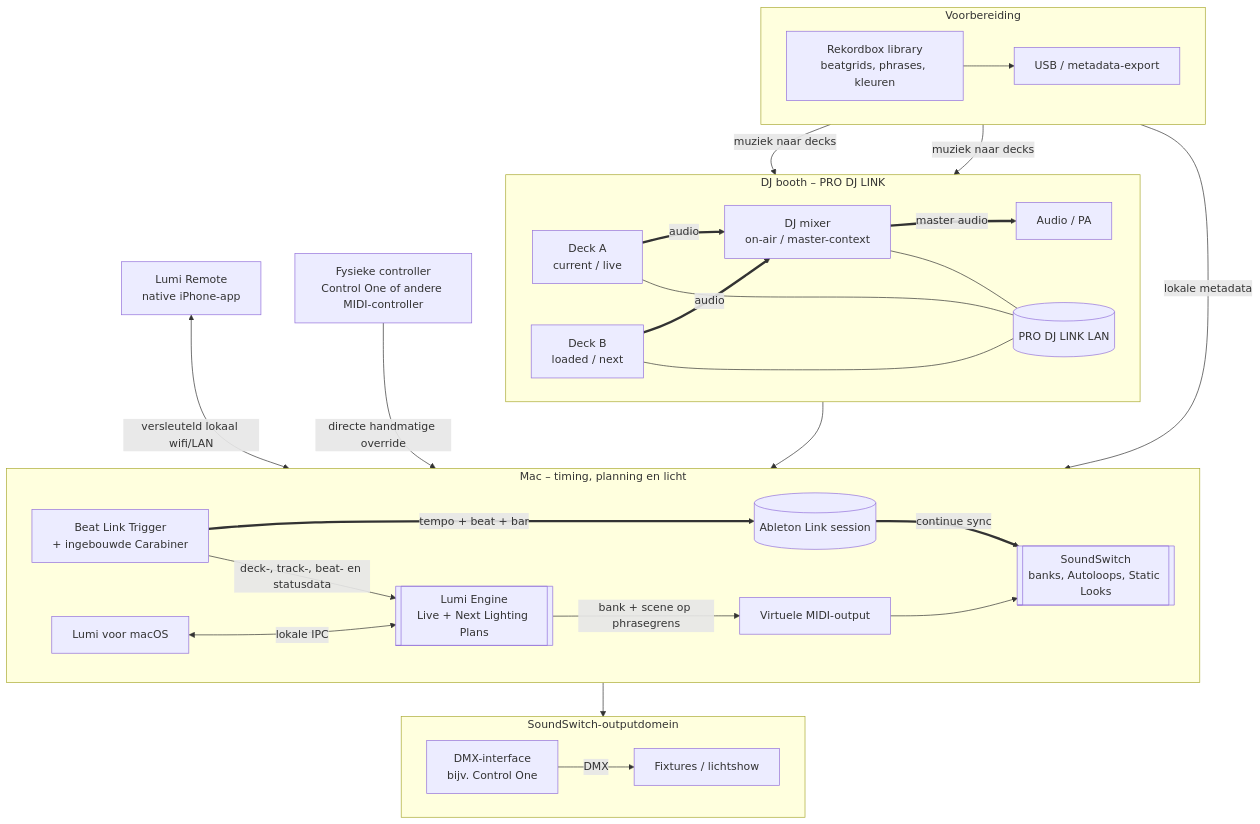
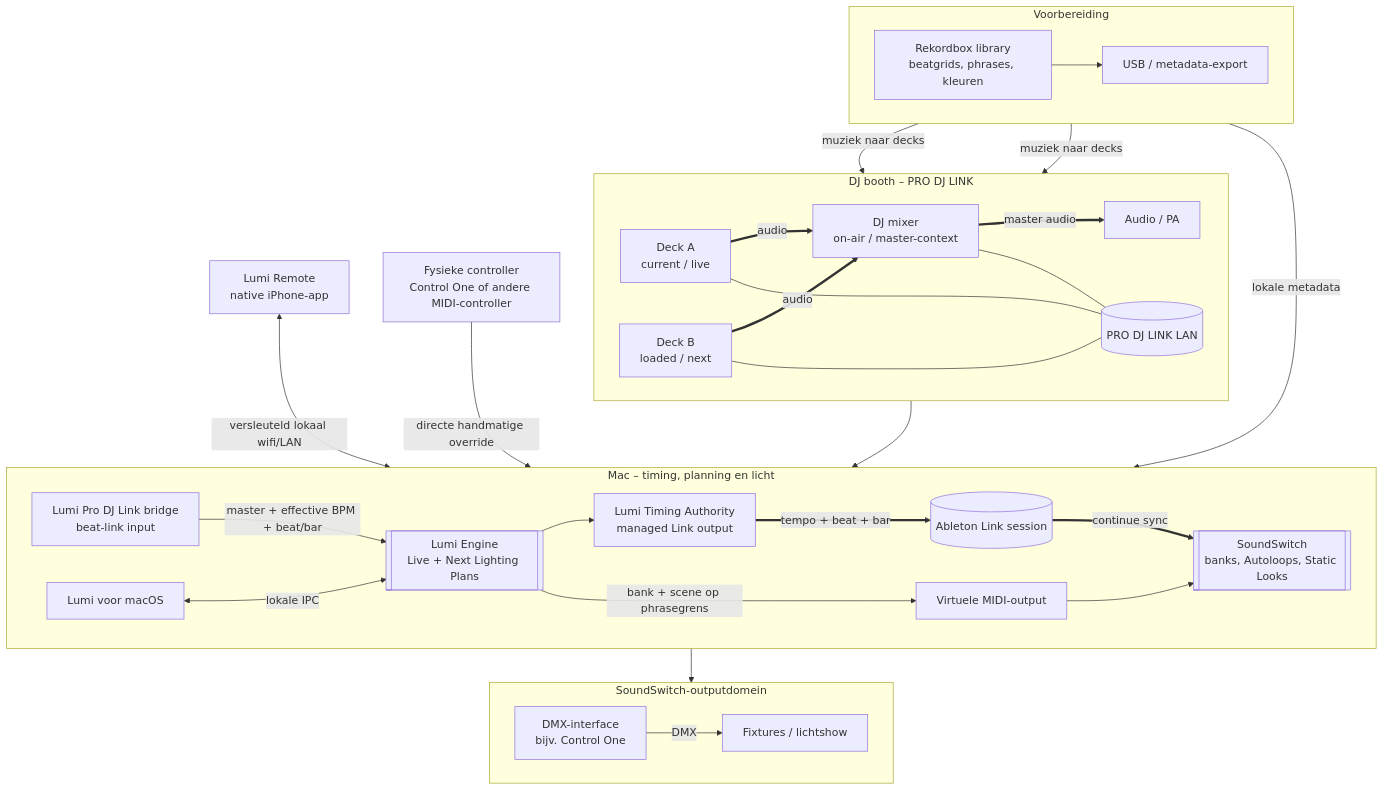
The first of 3 diagrams in docs/architecture/visual-overview.md (victorblanco-tech/lumi), drawn with Mermaid before and after one commit. The commit also changed other lines of this file and 105 other files, not shown here.

````diff
--- a/docs/architecture/visual-overview.md
+++ b/docs/architecture/visual-overview.md
@@ -11,60 +11,62 @@
 ```mermaid
 flowchart TB
   subgraph preparation["Voorbereiding"]
     direction LR
     RB["Rekordbox library<br/>beatgrids, phrases, kleuren"]
     EXPORT["USB / metadata-export"]
     RB --> EXPORT
   end
 
   subgraph booth["DJ booth – PRO DJ LINK"]
     direction LR
     DECKA["Deck A<br/>current / live"]
     DECKB["Deck B<br/>loaded / next"]
     MIXER["DJ mixer<br/>on-air / master-context"]
     LAN[("PRO DJ LINK LAN")]
     PA["Audio / PA"]
 
     DECKA ==>|"audio"| MIXER
     DECKB ==>|"audio"| MIXER
     MIXER ==>|"master audio"| PA
     DECKA --- LAN
     DECKB --- LAN
     MIXER --- LAN
   end
 
   subgraph mac["Mac – timing, planning en licht"]
     direction LR
-    BLT["Beat Link Trigger<br/>+ ingebouwde Carabiner"]
+    PROLINK["Lumi Pro DJ Link bridge<br/>beat-link input"]
+    TIMING["Lumi Timing Authority<br/>managed Link output"]
     LINK[("Ableton Link session")]
     LUMI[["Lumi Engine<br/>Live + Next Lighting Plans"]]
     MACUI["Lumi voor macOS"]
     IAC["Virtuele MIDI-output"]
     SS[["SoundSwitch<br/>banks, Autoloops, Static Looks"]]
 
-    BLT ==>|"tempo + beat + bar"| LINK
+    PROLINK -->|"master + effective BPM + beat/bar"| LUMI
+    LUMI --> TIMING
+    TIMING ==>|"tempo + beat + bar"| LINK
     LINK ==>|"continue sync"| SS
-    BLT -->|"deck-, track-, beat- en statusdata"| LUMI
     MACUI <-->|"lokale IPC"| LUMI
     LUMI -->|"bank + scene op phrasegrens"| IAC
     IAC --> SS
   end
 
   PHONE["Lumi Remote<br/>native iPhone-app"]
   CONTROL["Fysieke controller<br/>Control One of andere MIDI-controller"]
 
   subgraph output["SoundSwitch-outputdomein"]
     direction LR
     DMX["DMX-interface<br/>bijv. Control One"]
     FIXTURES["Fixtures / lichtshow"]
     DMX -->|"DMX"| FIXTURES
   end
 
   EXPORT -->|"muziek naar decks"| DECKA
   EXPORT -->|"muziek naar decks"| DECKB
   EXPORT -->|"lokale metadata"| LUMI
-  LAN --> BLT
+  LAN --> PROLINK
   PHONE <-->|"versleuteld lokaal wifi/LAN"| LUMI
   CONTROL -->|"directe handmatige override"| SS
   SS --> DMX
 ```
````
